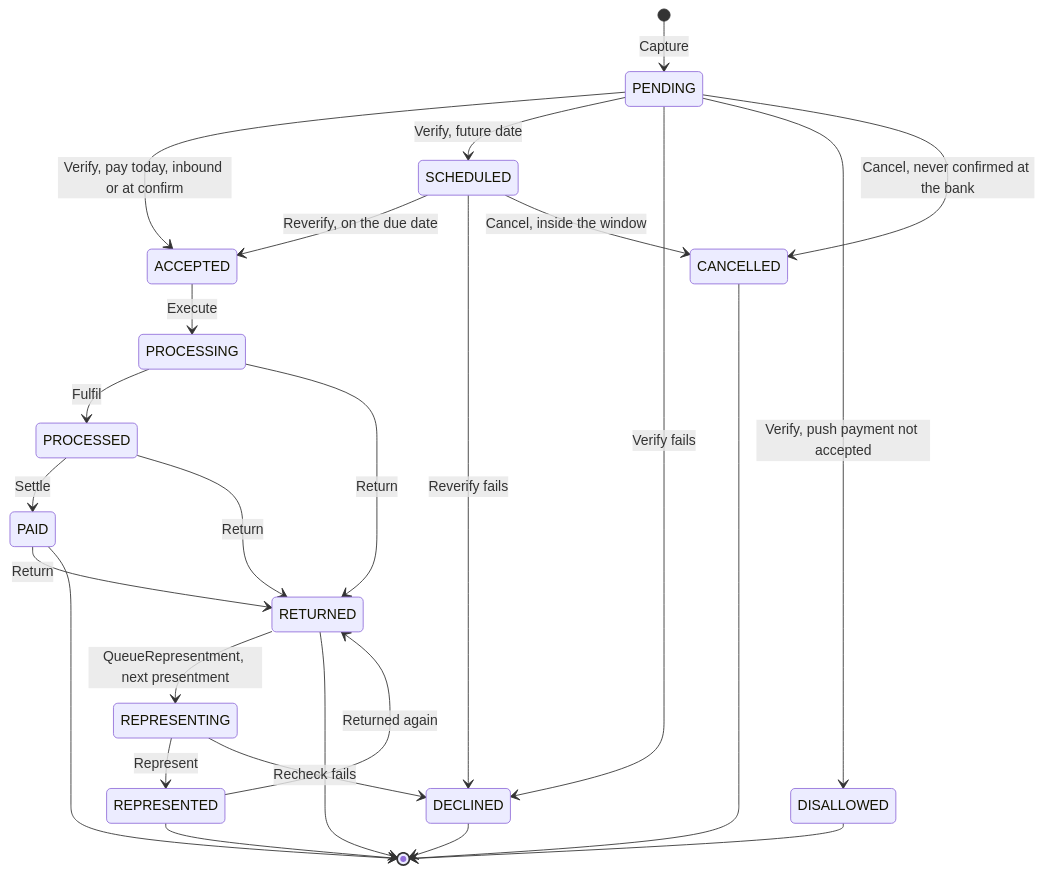
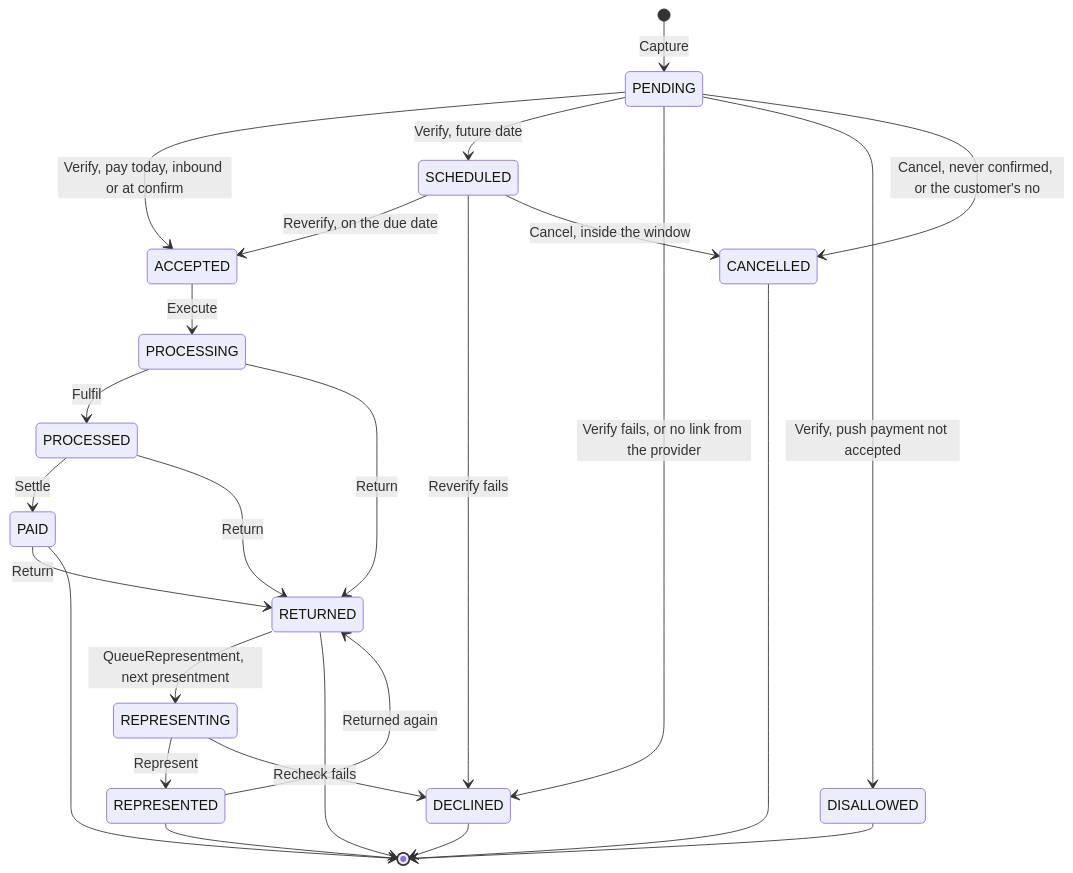
Before and after one commit to arunav-bhattacharya/billpay-book: the first of 2 diagrams in website/docs/design/payment-state-model.md, drawn with Mermaid. The commit also changed other lines of this file and 22 other files, not shown here.

````diff
--- a/website/docs/design/payment-state-model.md
+++ b/website/docs/design/payment-state-model.md
@@ -23,34 +23,34 @@
 ```mermaid
 ---
 config:
   nodeSpacing: 40
   rankSpacing: 34
 ---
 stateDiagram-v2
   direction TB
   [*] --> PENDING: Capture
   PENDING --> ACCEPTED: Verify, pay today, inbound or at confirm
   PENDING --> SCHEDULED: Verify, future date
-  PENDING --> DECLINED: Verify fails
+  PENDING --> DECLINED: Verify fails, or no link from the provider
   PENDING --> DISALLOWED: Verify, push payment not accepted
-  PENDING --> CANCELLED: Cancel, never confirmed at the bank
+  PENDING --> CANCELLED: Cancel, never confirmed, or the customer's no
   SCHEDULED --> ACCEPTED: Reverify, on the due date
   SCHEDULED --> DECLINED: Reverify fails
   SCHEDULED --> CANCELLED: Cancel, inside the window
   ACCEPTED --> PROCESSING: Execute
   PROCESSING --> PROCESSED: Fulfil
   PROCESSED --> PAID: Settle
   PROCESSING --> RETURNED: Return
   PROCESSED --> RETURNED: Return
   PAID --> RETURNED: Return
   RETURNED --> REPRESENTING: QueueRepresentment, next presentment
   REPRESENTING --> REPRESENTED: Represent
   REPRESENTING --> DECLINED: Recheck fails
   REPRESENTED --> RETURNED: Returned again
   PAID --> [*]
   RETURNED --> [*]
   REPRESENTED --> [*]
   DECLINED --> [*]
   CANCELLED --> [*]
   DISALLOWED --> [*]
 ```
````
